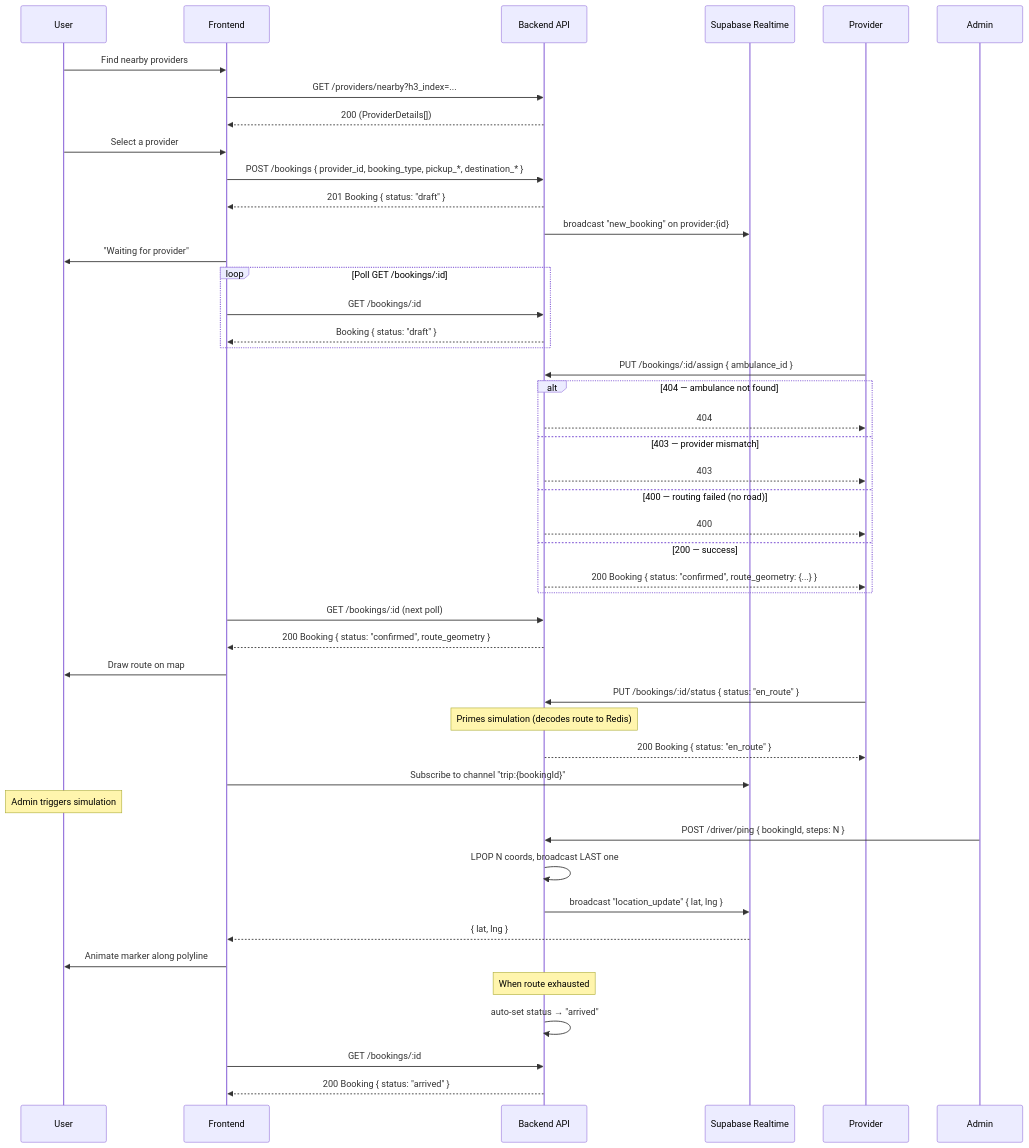
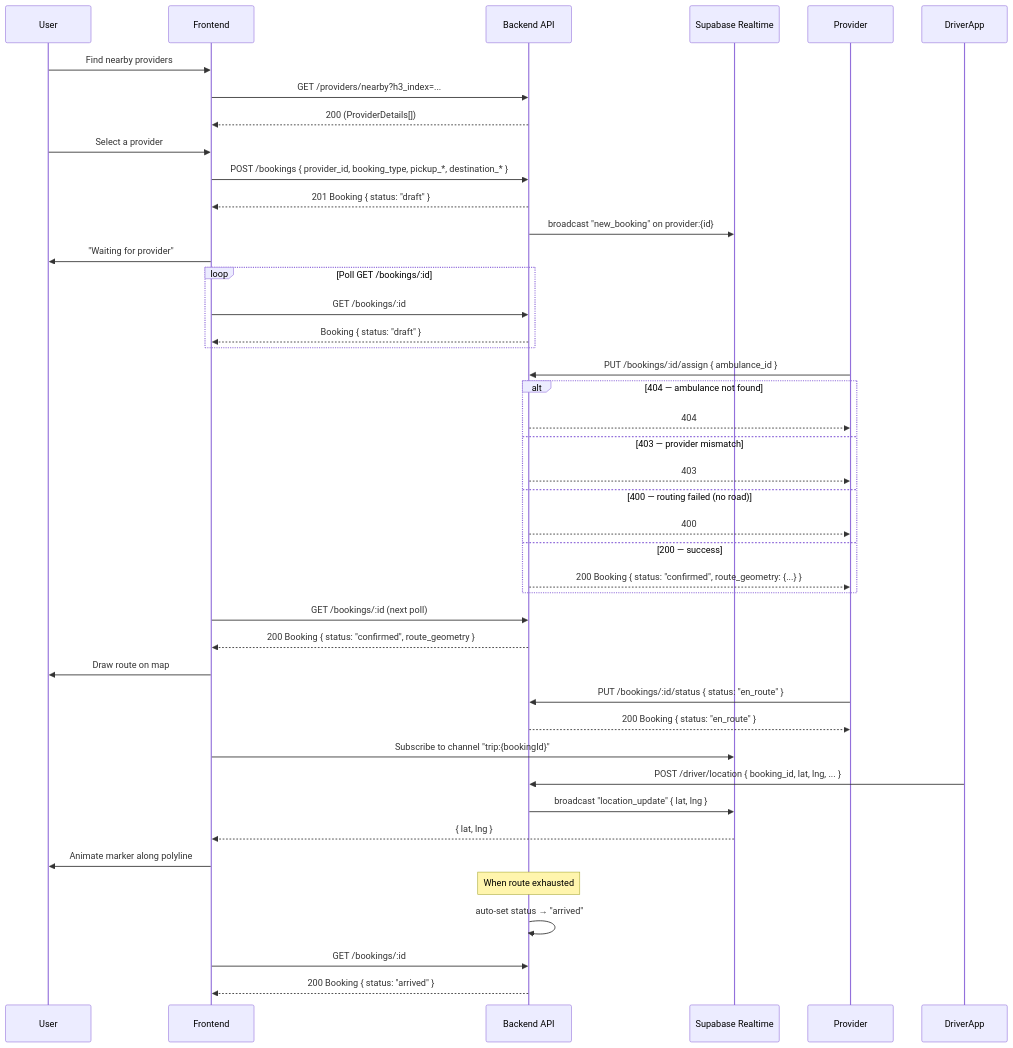
The diagram in docs/FRONTEND_BOOKING_FLOW.md (101-toyota-team/resqlink-be), drawn with Mermaid before and after one commit. The commit also changed other lines of this file and 1 other file, not shown here.

Commit message:
docs(api): update OpenAPI spec and frontend flow documentation

````diff
--- a/docs/FRONTEND_BOOKING_FLOW.md
+++ b/docs/FRONTEND_BOOKING_FLOW.md
@@ -195,56 +204,53 @@
 ```mermaid
 sequenceDiagram
     participant U as User
     participant F as Frontend
     participant B as Backend API
     participant R as Supabase Realtime
     participant P as Provider
 
     U->>F: Find nearby providers
     F->>B: GET /providers/nearby?h3_index=...
     B-->>F: 200 (ProviderDetails[])
 
     U->>F: Select a provider
     F->>B: POST /bookings { provider_id, booking_type, pickup_*, destination_* }
     B-->>F: 201 Booking { status: "draft" }
     B->>R: broadcast "new_booking" on provider:{id}
 
     F->>U: "Waiting for provider"
 
     loop Poll GET /bookings/:id
         F->>B: GET /bookings/:id
         B-->>F: Booking { status: "draft" }
     end
 
     P->>B: PUT /bookings/:id/assign { ambulance_id }
     alt 404 — ambulance not found
         B-->>P: 404
     else 403 — provider mismatch
         B-->>P: 403
     else 400 — routing failed (no road)
         B-->>P: 400
     else 200 — success
         B-->>P: 200 Booking { status: "confirmed", route_geometry: {...} }
     end
 
     F->>B: GET /bookings/:id (next poll)
     B-->>F: 200 Booking { status: "confirmed", route_geometry }
     F->>U: Draw route on map
 
     P->>B: PUT /bookings/:id/status { status: "en_route" }
-    Note over B: Primes simulation (decodes route to Redis)
     B-->>P: 200 Booking { status: "en_route" }
 
     F->>R: Subscribe to channel "trip:{bookingId}"
-    Note over U: Admin triggers simulation
-    Admin->>B: POST /driver/ping { bookingId, steps: N }
-    B->>B: LPOP N coords, broadcast LAST one
+    DriverApp->>B: POST /driver/location { booking_id, lat, lng, ... }
     B->>R: broadcast "location_update" { lat, lng }
     R-->>F: { lat, lng }
     F->>U: Animate marker along polyline
 
     Note over B: When route exhausted
     B->>B: auto-set status → "arrived"
     F->>B: GET /bookings/:id
     B-->>F: 200 Booking { status: "arrived" }
 ```
````
